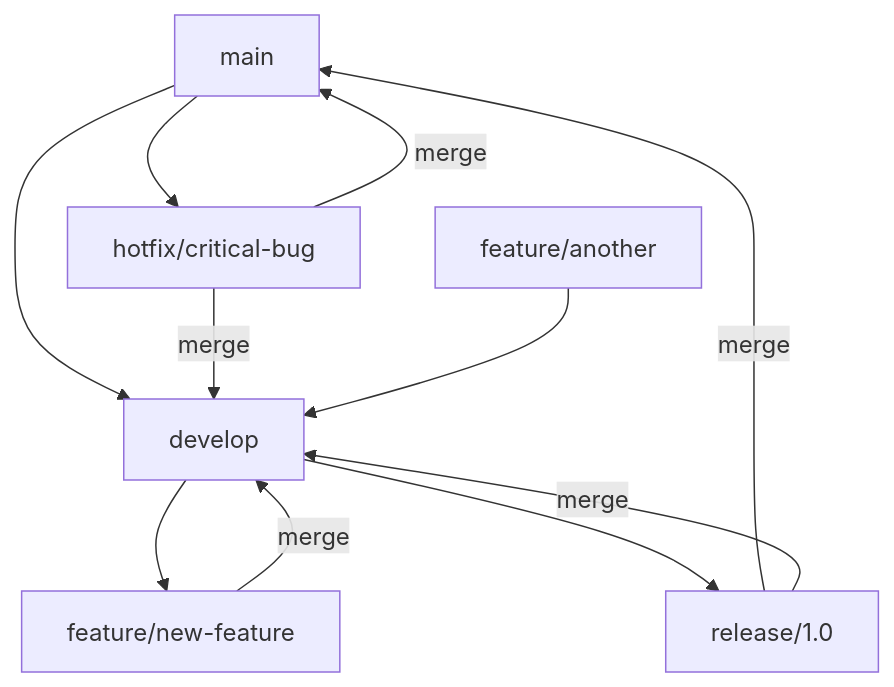
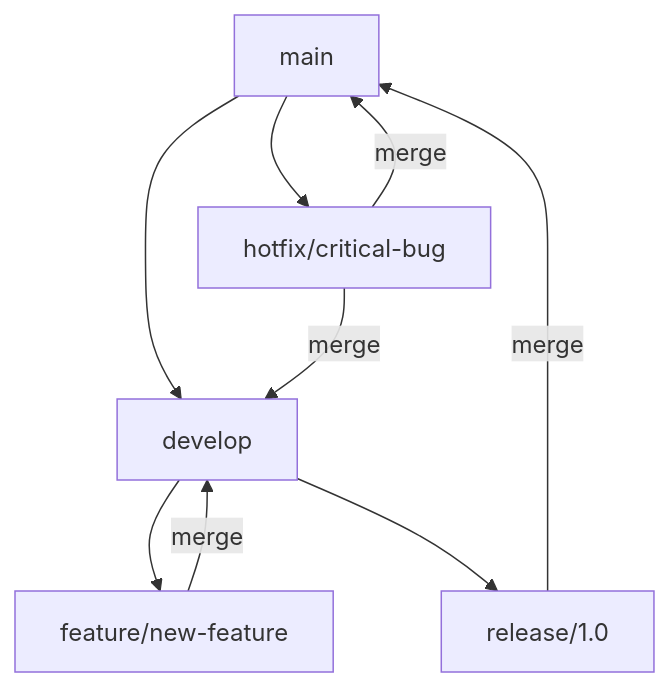
One commit to Yoong-Solutions/internship-devops changed the third of 4 diagrams in 02-docker/git.md. Above: the diagram before and after it, drawn with Mermaid. The commit also changed other lines of this file, not shown here.

````diff
--- a/02-docker/git.md
+++ b/02-docker/git.md
@@ -251,15 +95,12 @@
 ```mermaid
 graph TD
     A[main] --> B[develop]
     B --> C[feature/new-feature]
     B --> D[release/1.0]
     A --> E[hotfix/critical-bug]
     
     C -->|merge| B
     D -->|merge| A
-    D -->|merge| B
     E -->|merge| A
     E -->|merge| B
-    
-    F[feature/another] --> B
 ```
````
